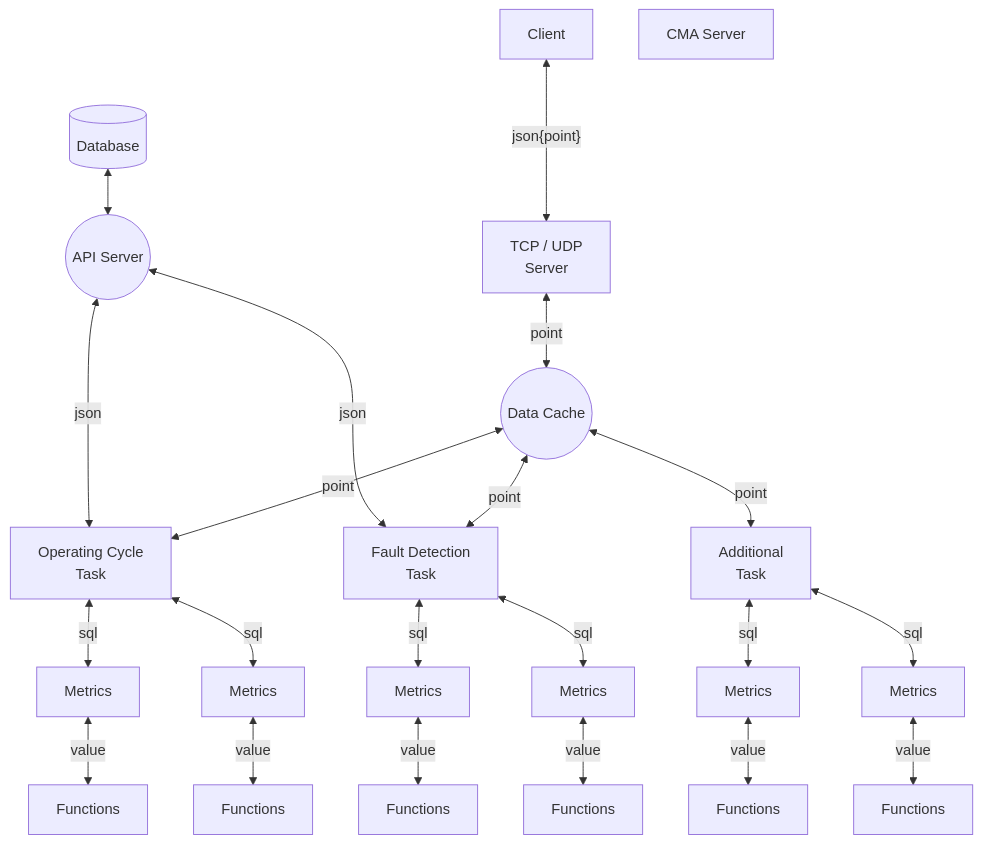
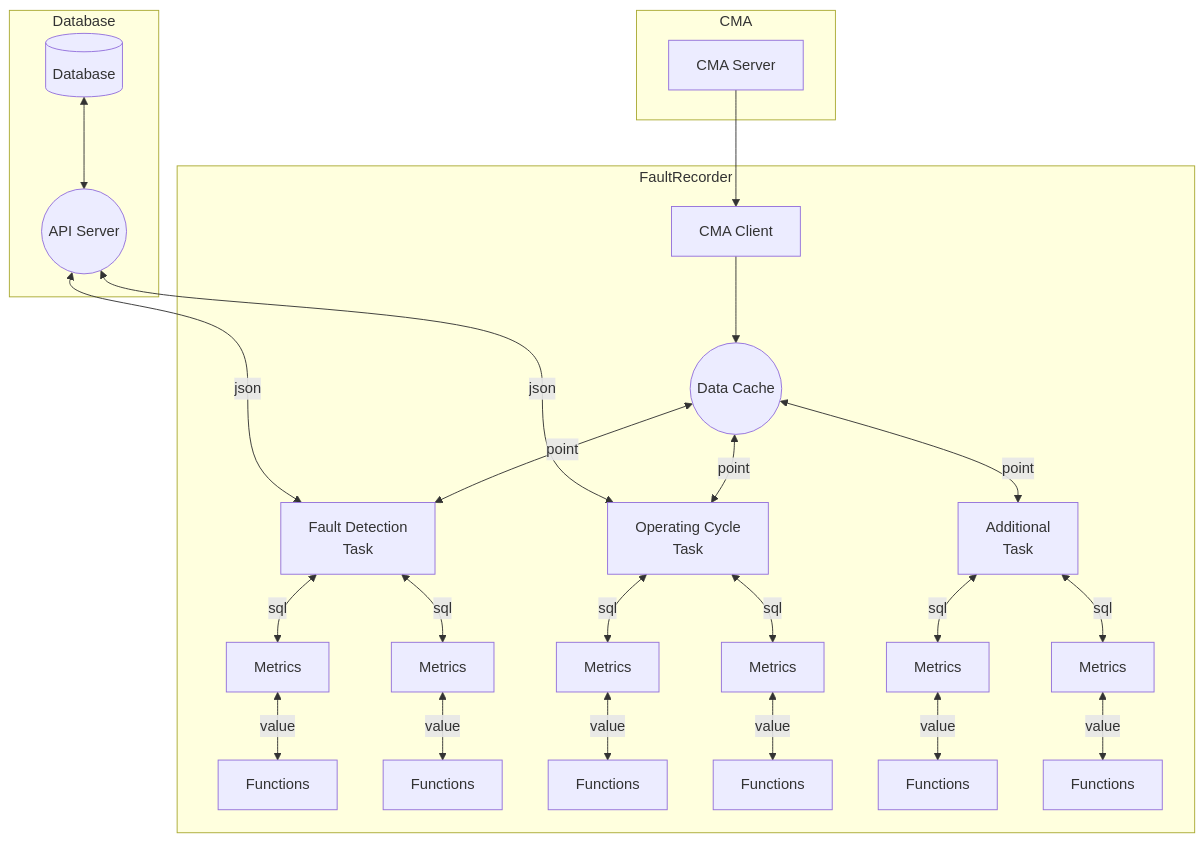
Before and after one commit to a-givertzman/fr-service: the diagram in readme.md, drawn with Mermaid.

````diff
--- a/readme.md
+++ b/readme.md
@@ -25,48 +25,55 @@
 ```mermaid
 flowchart TD;
-   clients[Client];
-   server[TCP / UDP<br>Server];
-   dataCache((Data Cache));
 
-   api((API Server</p>));
-   db[(Database)];
+    subgraph CMA
+        cmaServer[CMA Server]
+    end
 
-   cmaServer[CMA Server]
-   task1[Operating Cycle<br>Task];
-   task2[Fault Detection<br>Task];
-   task3[Additional<br>Task];
-   faultDetectionMetrics1[Metrics]
-   faultDetectionMetrics2[Metrics]
-   operatingCycleMetrics1[Metrics];
-   operatingCycleMetrics2[Metrics];
-   additionalMetrics1[Metrics];
-   additionalMetrics2[Metrics];
-   faultDetectionFunctions1[Functions]
-   faultDetectionFunctions2[Functions]
-   operatingCycleFunctions1[Functions];
-   operatingCycleFunctions2[Functions];
-   additionalfunctions1[Functions];
-   additionalfunctions2[Functions];
+    subgraph Database
+        api((API Server</p>));
+        db[(Database)];
+    end
 
-   db <--> api;
-   api<--->|json|task1;
-   api<-->|json|task2;
+    subgraph FaultRecorder
+        cmaClient[CMA Client]
+        dataCache((" Data Cache"));
+        task1[Operating Cycle<br>Task];
+        task2[Fault Detection<br>Task];
+        task3[Additional<br>Task];
+        faultDetectionMetrics1[Metrics]
+        faultDetectionMetrics2[Metrics]
+        operatingCycleMetrics1[Metrics];
+        operatingCycleMetrics2[Metrics];
+        additionalMetrics1[Metrics];
+        additionalMetrics2[Metrics];
+        faultDetectionFunctions1[Functions]
+        faultDetectionFunctions2[Functions]
+        operatingCycleFunctions1[Functions];
+        operatingCycleFunctions2[Functions];
+        additionalfunctions1[Functions];
+        additionalfunctions2[Functions];
+    end
 
-   clients <---> |"json{point}"| server;
-   server  <--> |point| dataCache;
-   dataCache <--> |point| task1;
-   dataCache <--> |point| task2;
-   dataCache <--> |point| task3;
-   task1 <--> |sql| operatingCycleMetrics1;
-   task1 <--> |sql| operatingCycleMetrics2;
-   task2 <--> |sql| faultDetectionMetrics1
-   task2 <--> |sql| faultDetectionMetrics2
-   task3 <--> |sql| additionalMetrics1
-   task3 <--> |sql| additionalMetrics2
-   additionalMetrics1 <--> |value| additionalfunctions1
-   additionalMetrics2 <--> |value| additionalfunctions2
-   faultDetectionMetrics1 <--> |value| faultDetectionFunctions1
-   faultDetectionMetrics2 <--> |value| faultDetectionFunctions2
-   operatingCycleMetrics1 <--> |value| operatingCycleFunctions1
-   operatingCycleMetrics2 <--> |value| operatingCycleFunctions2
+    db <--> api;
+    api<--->|json|task1;
+    api<-->|json|task2;
+
+    cmaServer --> cmaClient
+    cmaClient --> dataCache
+
+    dataCache <--> |point| task1;
+    dataCache <--> |point| task2;
+    dataCache <--> |point| task3;
+    task1 <--> |sql| operatingCycleMetrics1;
+    task1 <--> |sql| operatingCycleMetrics2;
+    task2 <--> |sql| faultDetectionMetrics1
+    task2 <--> |sql| faultDetectionMetrics2
+    task3 <--> |sql| additionalMetrics1
+    task3 <--> |sql| additionalMetrics2
+    additionalMetrics1 <--> |value| additionalfunctions1
+    additionalMetrics2 <--> |value| additionalfunctions2
+    faultDetectionMetrics1 <--> |value| faultDetectionFunctions1
+    faultDetectionMetrics2 <--> |value| faultDetectionFunctions2
+    operatingCycleMetrics1 <--> |value| operatingCycleFunctions1
+    operatingCycleMetrics2 <--> |value| operatingCycleFunctions2
 ```
````
